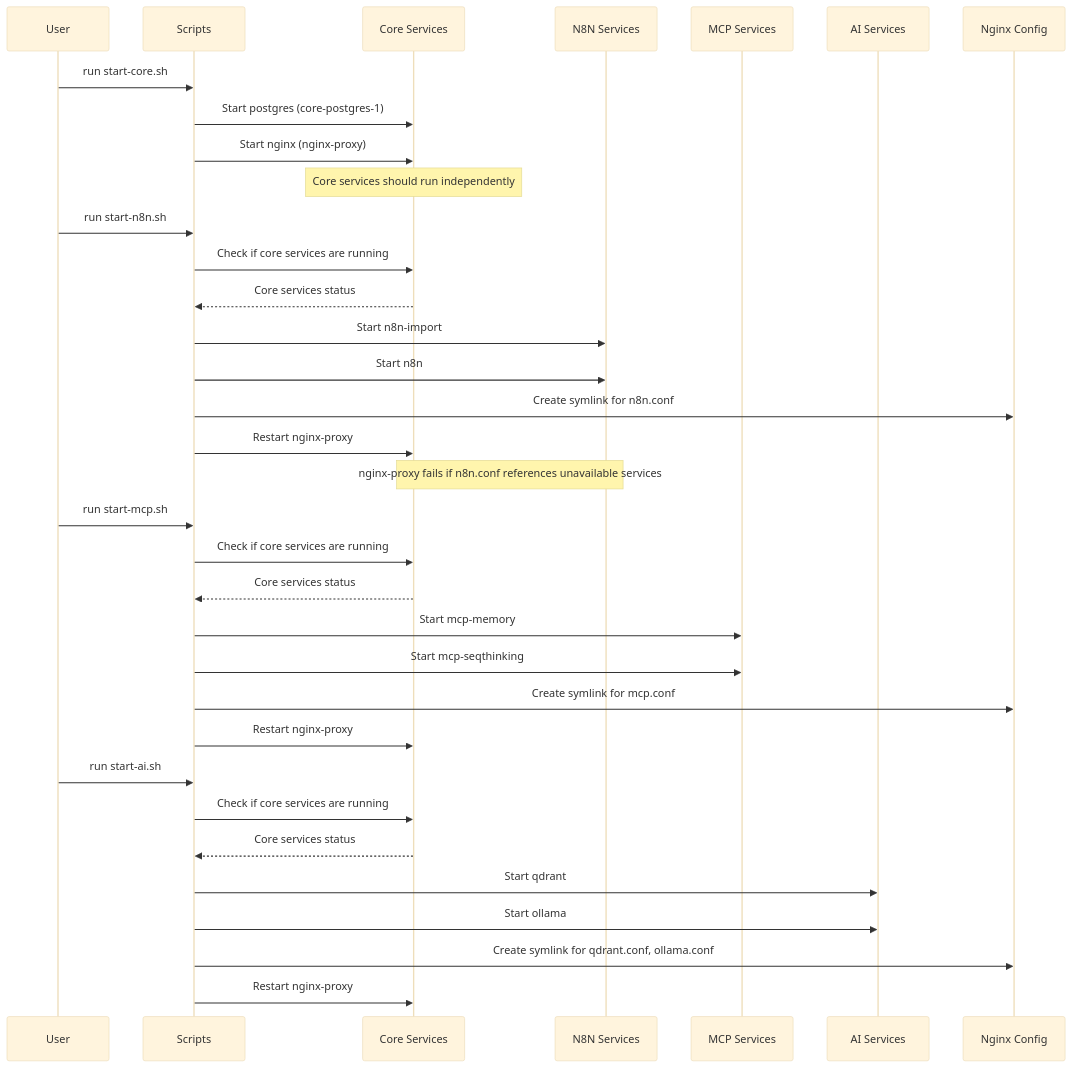
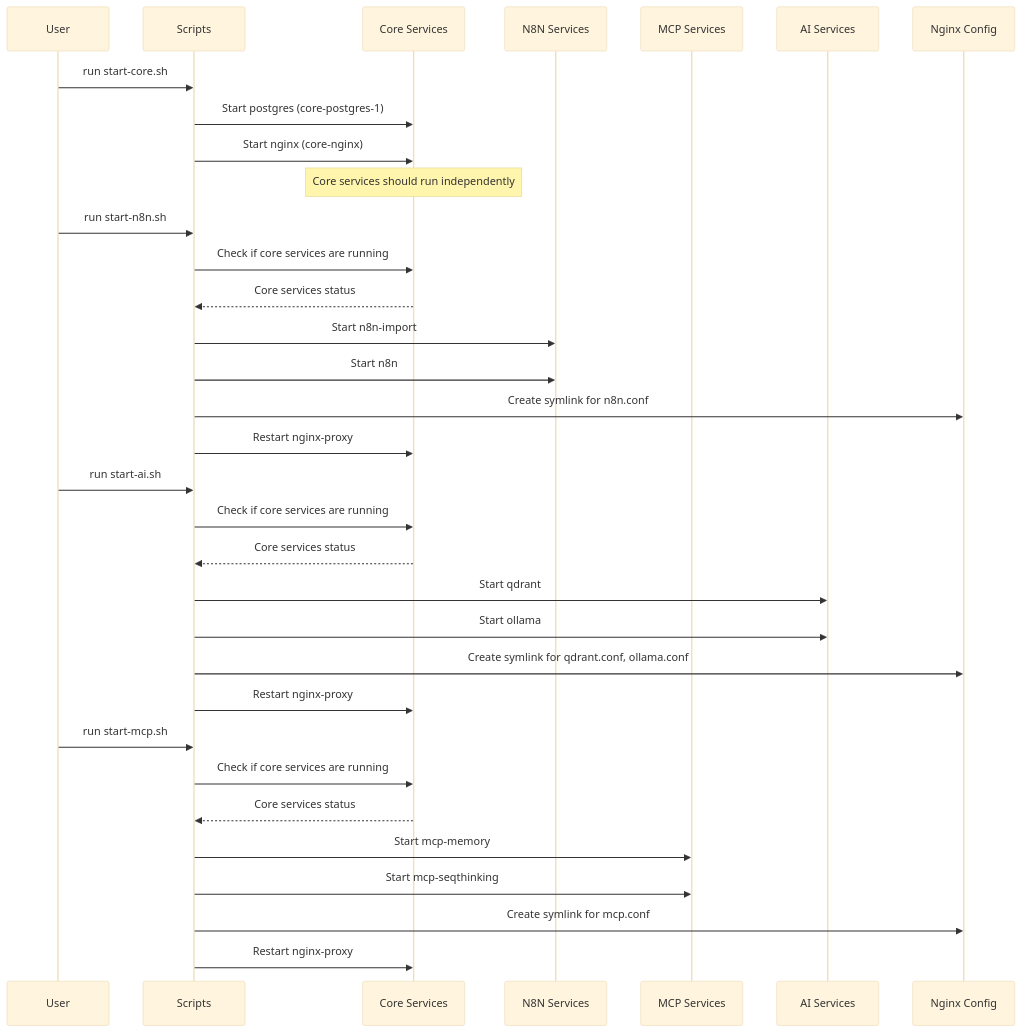
The second of 4 diagrams in docs/project/03-plans/02-migration/01-mmd-endgoal.md (Javosec/hosted-n8n), drawn with Mermaid (base theme) before and after one commit. The commit also changed other lines of this file and 36 other files, not shown here.

Commit message:
working containers, broke https, son ai services. n8n and core are stable

````diff
--- a/docs/project/03-plans/02-migration/01-mmd-endgoal.md
+++ b/docs/project/03-plans/02-migration/01-mmd-endgoal.md
@@ -166,40 +166,39 @@
 ```mermaid
 sequenceDiagram
     participant User as User
     participant Start as Scripts
     participant Core as Core Services
     participant N8N as N8N Services
     participant MCP as MCP Services
     participant AI as AI Services
     participant Nginx as Nginx Config
 
     User->>Start: run start-core.sh
     Start->>Core: Start postgres (core-postgres-1)
-    Start->>Core: Start nginx (nginx-proxy)
+    Start->>Core: Start nginx (core-nginx)
     Note over Core: Core services should run independently
     
     User->>Start: run start-n8n.sh
     Start->>Core: Check if core services are running
     Core-->>Start: Core services status
     Start->>N8N: Start n8n-import
     Start->>N8N: Start n8n
     Start->>Nginx: Create symlink for n8n.conf
     Start->>Core: Restart nginx-proxy
-    Note over Core,N8N: nginx-proxy fails if n8n.conf references unavailable services
+        
+    User->>Start: run start-ai.sh
+    Start->>Core: Check if core services are running
+    Core-->>Start: Core services status
+    Start->>AI: Start qdrant
+    Start->>AI: Start ollama
+    Start->>Nginx: Create symlink for qdrant.conf, ollama.conf
+    Start->>Core: Restart nginx-proxy
     
     User->>Start: run start-mcp.sh
     Start->>Core: Check if core services are running
     Core-->>Start: Core services status
     Start->>MCP: Start mcp-memory
     Start->>MCP: Start mcp-seqthinking
     Start->>Nginx: Create symlink for mcp.conf
     Start->>Core: Restart nginx-proxy
-    
-    User->>Start: run start-ai.sh
-    Start->>Core: Check if core services are running
-    Core-->>Start: Core services status
-    Start->>AI: Start qdrant
-    Start->>AI: Start ollama
-    Start->>Nginx: Create symlink for qdrant.conf, ollama.conf
-    Start->>Core: Restart nginx-proxy
 ```
````
